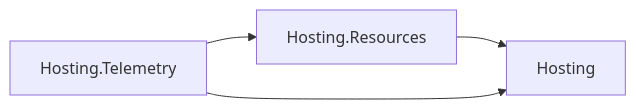
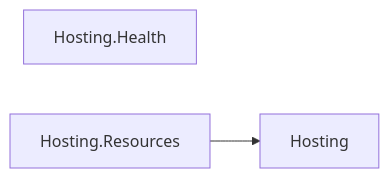
Before and after one commit to assimalign/cohesion: the eighth of 28 diagrams in docs/DEPENDENCIES.md, drawn with Mermaid. The commit also changed other lines of this file and 382 other files, not shown here.

````diff
--- a/docs/DEPENDENCIES.md
+++ b/docs/DEPENDENCIES.md
@@ -386,9 +381,7 @@
 ```mermaid
 flowchart LR
     N0["Hosting"]
-    N1["Hosting.Resources"]
-    N2["Hosting.Telemetry"]
-    N1 --> N0
+    N1["Hosting.Health"]
+    N2["Hosting.Resources"]
     N2 --> N0
-    N2 --> N1
 ```
````
